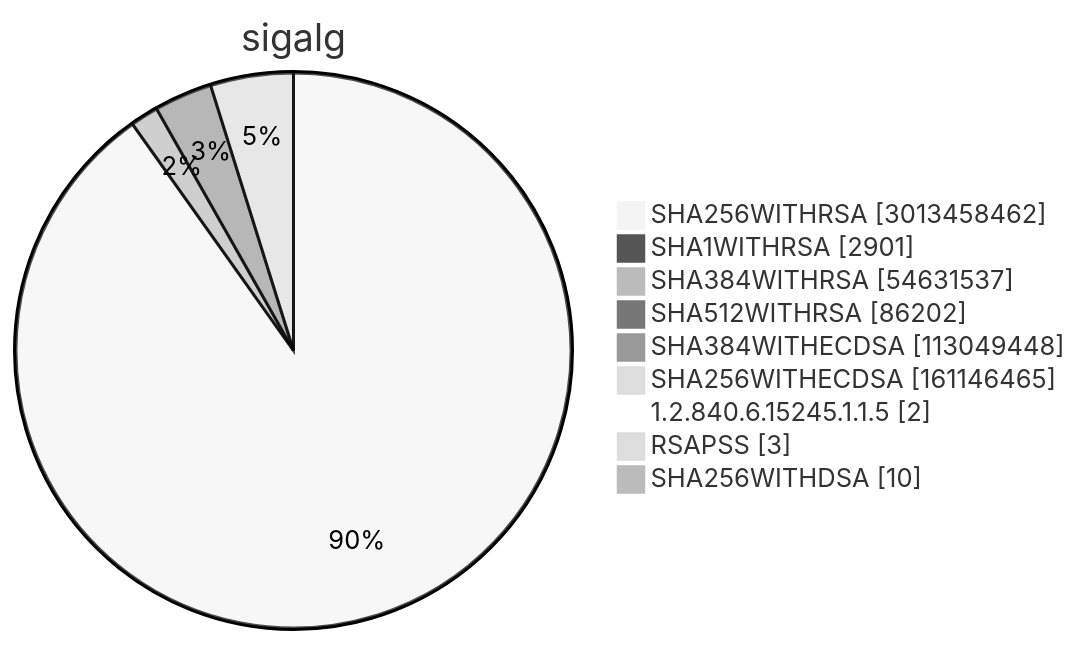
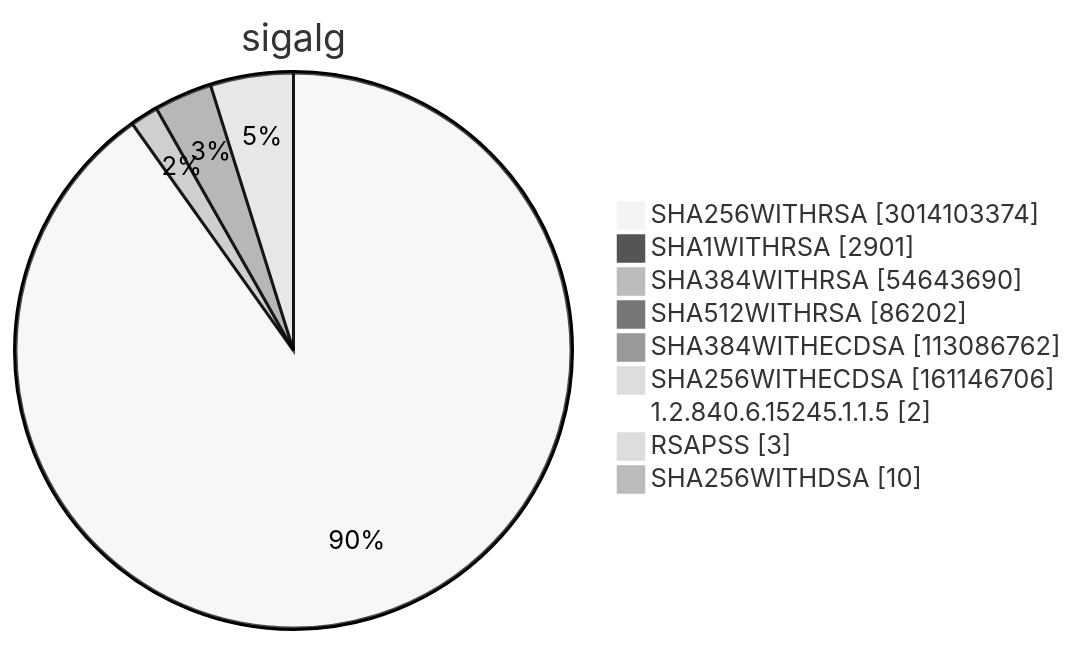
One commit to christiankrug/ctmonitor_visualization changed diagram 15 of 15 in TOTAL/README.md. Above: the diagram before and after it, drawn with Mermaid (neutral theme). The commit also changed other lines of this file, not shown here.

````diff
--- a/TOTAL/README.md
+++ b/TOTAL/README.md
@@ -6208,13 +6208,13 @@
 ```mermaid
 pie showData
 title sigalg
-"SHA256WITHRSA" :3013458462
+"SHA256WITHRSA" :3014103374
 "SHA1WITHRSA" :2901
-"SHA384WITHRSA" :54631537
+"SHA384WITHRSA" :54643690
 "SHA512WITHRSA" :86202
-"SHA384WITHECDSA" :113049448
-"SHA256WITHECDSA" :161146465
+"SHA384WITHECDSA" :113086762
+"SHA256WITHECDSA" :161146706
 "1.2.840.6.15245.1.1.5" :2
 "RSAPSS" :3
 "SHA256WITHDSA" :10
 ```
````
